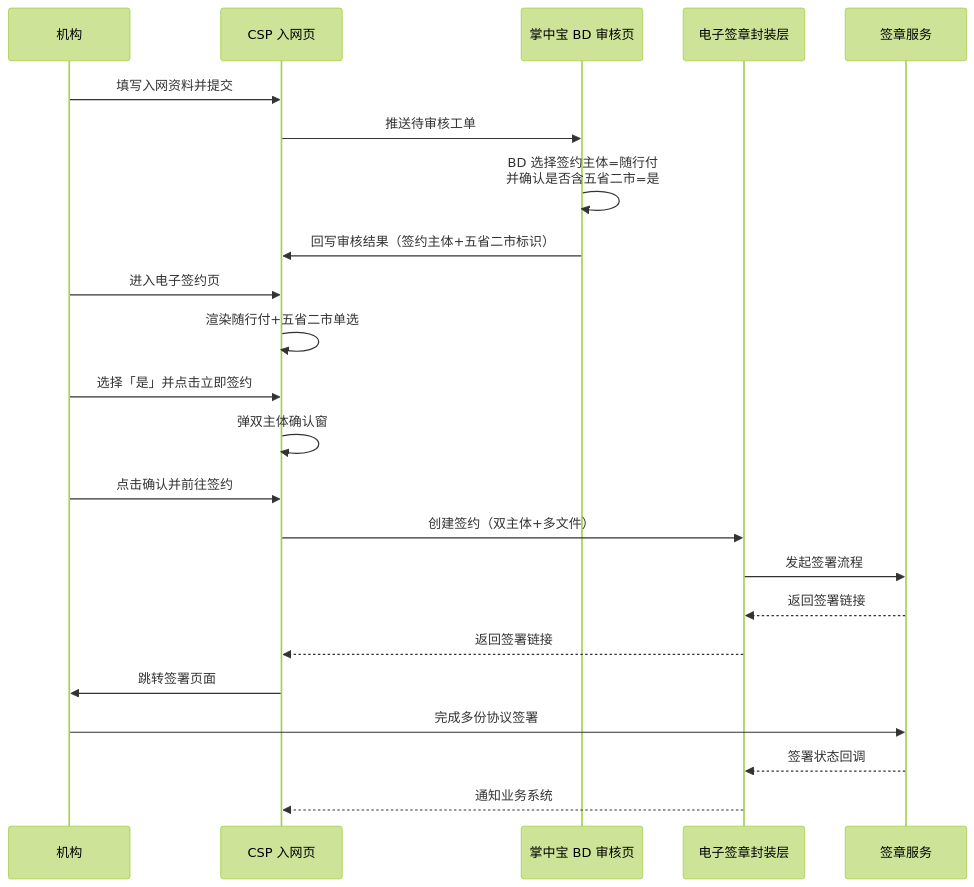
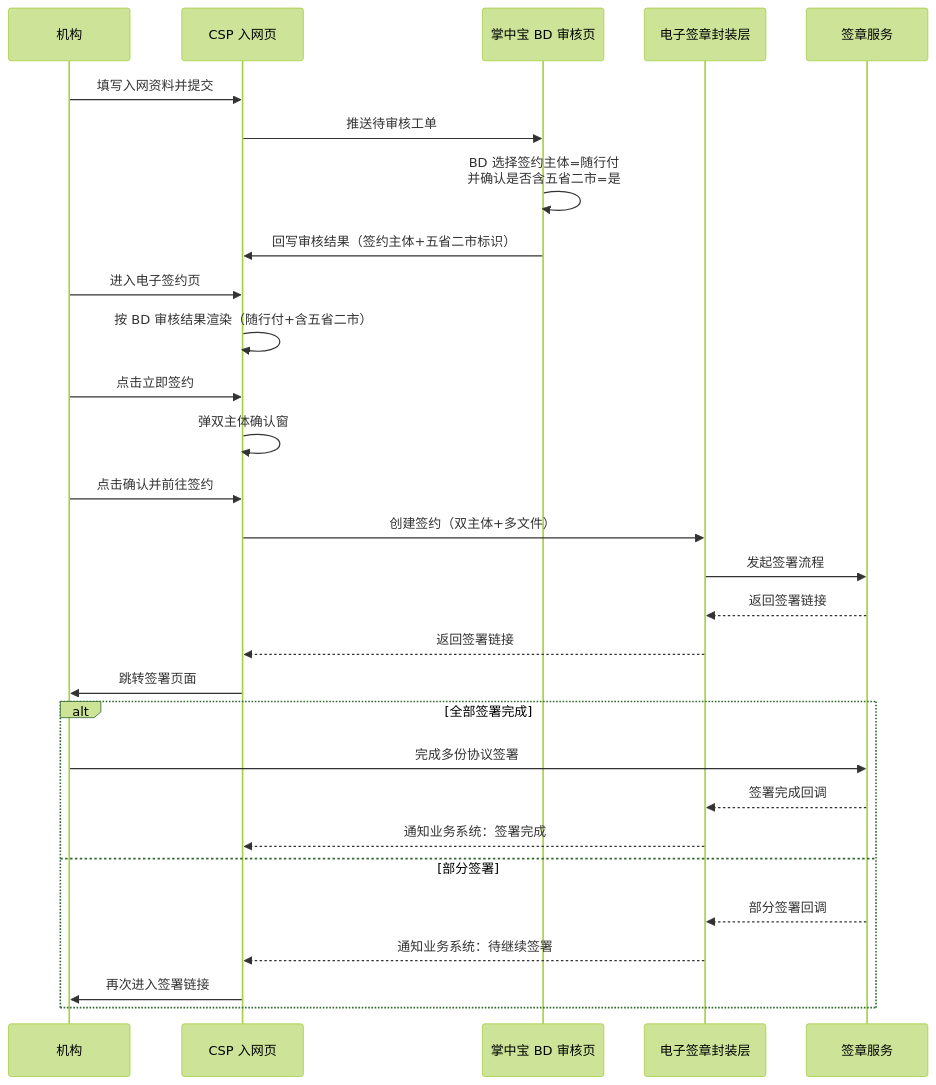
One commit to Gaohailinga/esign-multi-party-prototypes changed the second of 2 diagrams in 机构入网-双主体签署-PRD-V1.5.md. Above: the diagram before and after it, drawn with Mermaid (forest theme). The commit also changed other lines of this file and 1 other file, not shown here.

Commit message:
fix: align CSP page with BD audit result (read-only display); add partial-sign and revoke scenarios

````diff
--- a/机构入网-双主体签署-PRD-V1.5.md
+++ b/机构入网-双主体签署-PRD-V1.5.md
@@ -88,26 +92,32 @@
 ```mermaid
 sequenceDiagram
     participant 机构 as 机构
     participant CSP as CSP 入网页
     participant 掌中宝 as 掌中宝 BD 审核页
     participant 封装层 as 电子签章封装层
     participant 签章服务 as 签章服务
 
     机构->>CSP: 填写入网资料并提交
     CSP->>掌中宝: 推送待审核工单
     掌中宝->>掌中宝: BD 选择签约主体=随行付<br>并确认是否含五省二市=是
     掌中宝->>CSP: 回写审核结果（签约主体+五省二市标识）
     机构->>CSP: 进入电子签约页
-    CSP->>CSP: 渲染随行付+五省二市单选
-    机构->>CSP: 选择「是」并点击立即签约
+    CSP->>CSP: 按 BD 审核结果渲染（随行付+含五省二市）
+    机构->>CSP: 点击立即签约
     CSP->>CSP: 弹双主体确认窗
     机构->>CSP: 点击确认并前往签约
     CSP->>封装层: 创建签约（双主体+多文件）
     封装层->>签章服务: 发起签署流程
     签章服务-->>封装层: 返回签署链接
     封装层-->>CSP: 返回签署链接
     CSP->>机构: 跳转签署页面
-    机构->>签章服务: 完成多份协议签署
-    签章服务-->>封装层: 签署状态回调
-    封装层-->>CSP: 通知业务系统
+    alt 全部签署完成
+        机构->>签章服务: 完成多份协议签署
+        签章服务-->>封装层: 签署完成回调
+        封装层-->>CSP: 通知业务系统：签署完成
+    else 部分签署
+        签章服务-->>封装层: 部分签署回调
+        封装层-->>CSP: 通知业务系统：待继续签署
+        CSP->>机构: 再次进入签署链接
+    end
 ```
````
